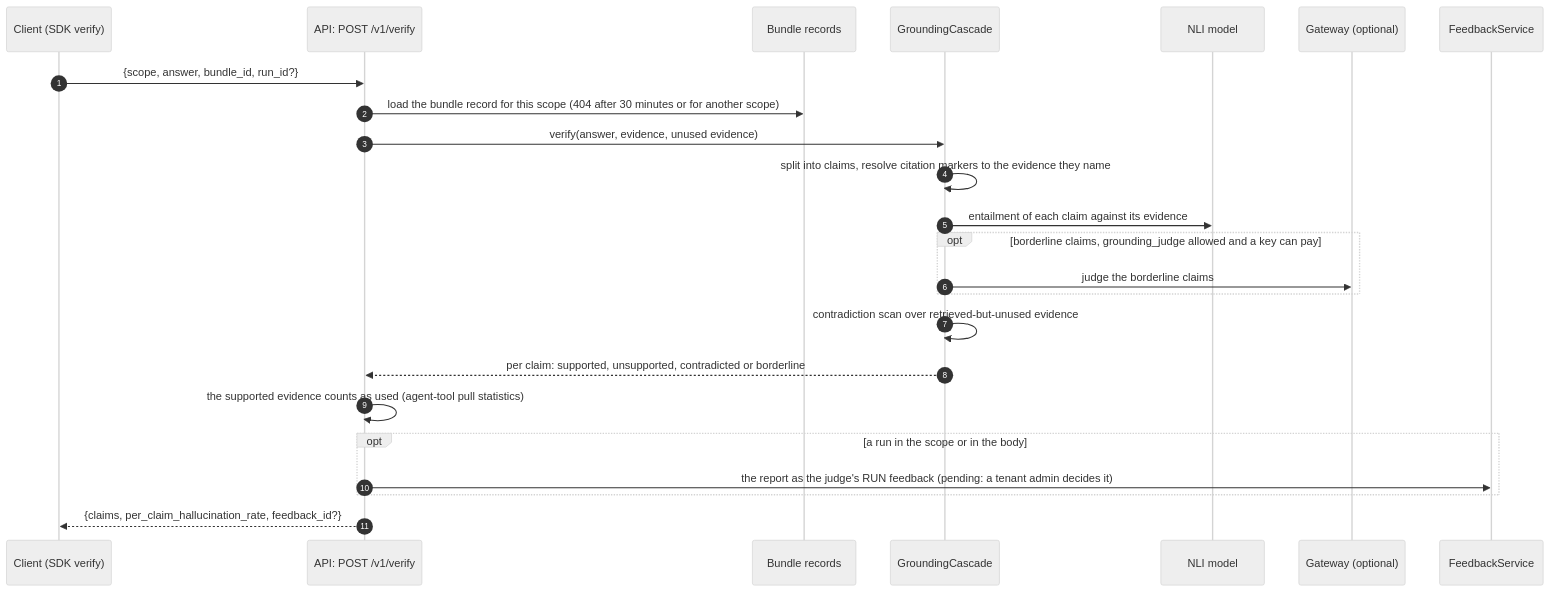
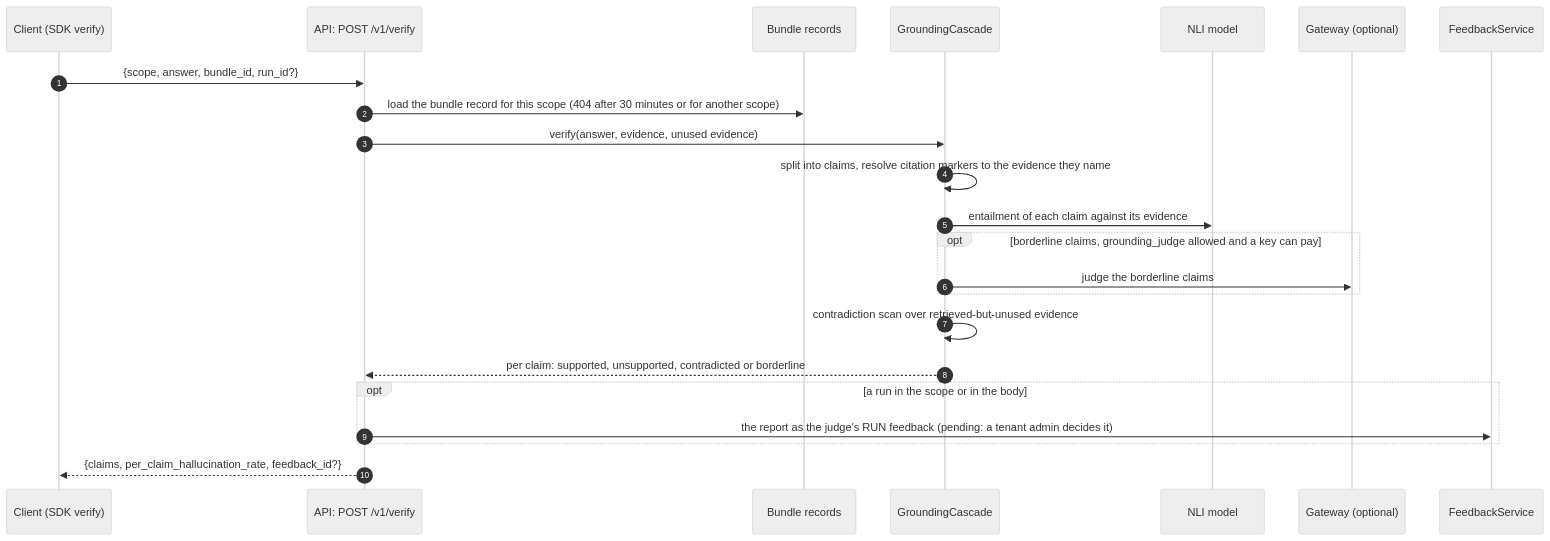
Before and after one commit to amitmohapatra/agent-memory-service: the fifth of 8 diagrams in docs/flows.md, drawn with Mermaid (neutral theme). The commit also changed other lines of this file and 56 other files, not shown here.

First line of the commit message:
Remove prefetch learning, the agent-tool pull log and procedure distillation

````diff
--- a/docs/flows.md
+++ b/docs/flows.md
@@ -195,26 +195,25 @@
 ```mermaid
 sequenceDiagram
   autonumber
   participant C as Client (SDK verify)
   participant API as API: POST /v1/verify
   participant BR as Bundle records
   participant G as GroundingCascade
   participant N as NLI model
   participant L as Gateway (optional)
   participant F as FeedbackService
   C->>API: {scope, answer, bundle_id, run_id?}
   API->>BR: load the bundle record for this scope (404 after 30 minutes or for another scope)
   API->>G: verify(answer, evidence, unused evidence)
   G->>G: split into claims, resolve citation markers to the evidence they name
   G->>N: entailment of each claim against its evidence
   opt borderline claims, grounding_judge allowed and a key can pay
     G->>L: judge the borderline claims
   end
   G->>G: contradiction scan over retrieved-but-unused evidence
   G-->>API: per claim: supported, unsupported, contradicted or borderline
-  API->>API: the supported evidence counts as used (agent-tool pull statistics)
   opt a run in the scope or in the body
     API->>F: the report as the judge's RUN feedback (pending: a tenant admin decides it)
   end
   API-->>C: {claims, per_claim_hallucination_rate, feedback_id?}
 ```
````
